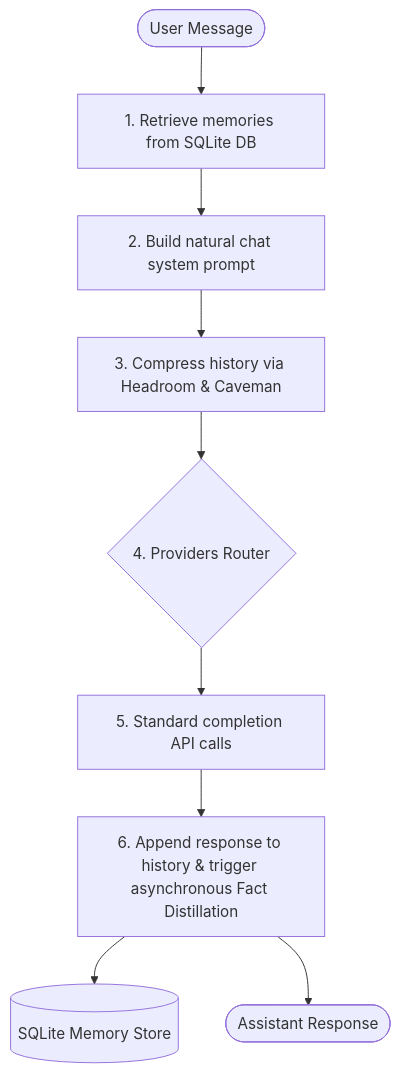
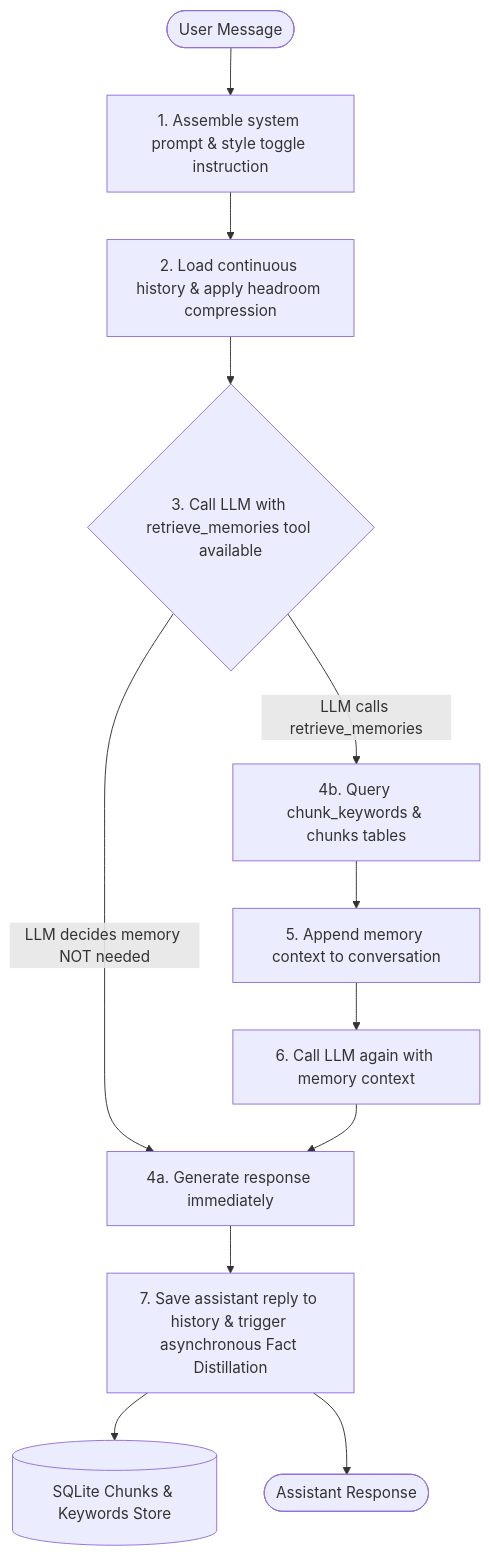
Before and after one commit to vaughnNixon/Athena-v1: the diagram in README.md, drawn with Mermaid. The commit also changed other lines of this file, not shown here.

Commit message:
Update README.md turn flow diagram and features list to reflect LLM-controlled tool calling and next-generation chunk memory architecture

````diff
--- a/README.md
+++ b/README.md
@@ -9,14 +11,17 @@
 ```mermaid
 graph TD
-    User([User Message]) --> Retrieve[1. Retrieve memories from SQLite DB]
-    Retrieve --> Prompt[2. Build natural chat system prompt]
-    Prompt --> Compress[3. Compress history via Headroom & Caveman]
-    Compress --> Route{4. Providers Router}
+    User([User Message]) --> SystemPrompt[1. Assemble system prompt & style toggle instruction]
+    SystemPrompt --> History[2. Load continuous history & apply headroom compression]
+    History --> Route{3. Call LLM with retrieve_memories tool available}
     
-    Route --> Standard[5. Standard completion API calls]
+    Route -- LLM decides memory NOT needed --> Response[4a. Generate response immediately]
+    Route -- LLM calls retrieve_memories --> Retrieve[4b. Query chunk_keywords & chunks tables]
     
-    Standard --> Save[6. Append response to history & trigger asynchronous Fact Distillation]
+    Retrieve --> ToolResponse[5. Append memory context to conversation]
+    ToolResponse --> FinalCall[6. Call LLM again with memory context]
+    FinalCall --> Response
     
-    Save --> DB[(SQLite Memory Store)]
+    Response --> Save[7. Save assistant reply to history & trigger asynchronous Fact Distillation]
+    Save --> DB[(SQLite Chunks & Keywords Store)]
     Save --> Out([Assistant Response])
 ```
````
